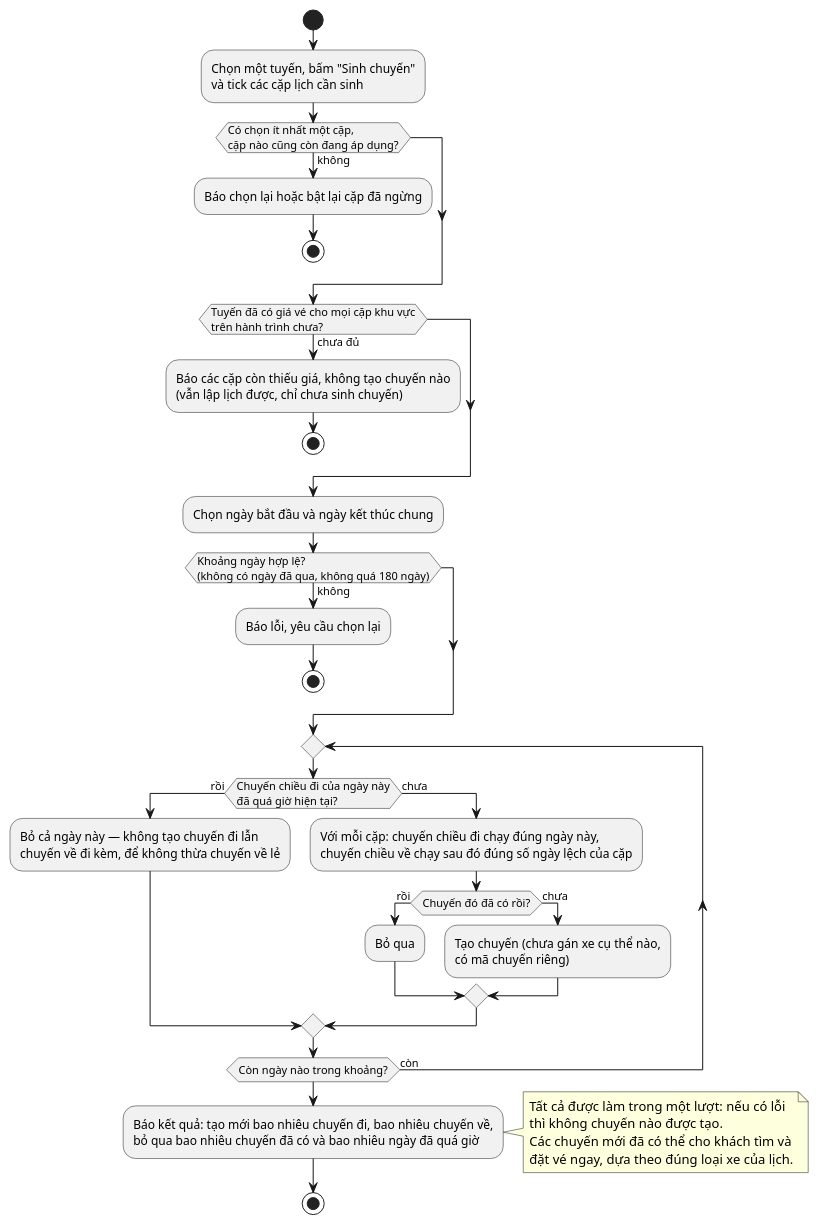
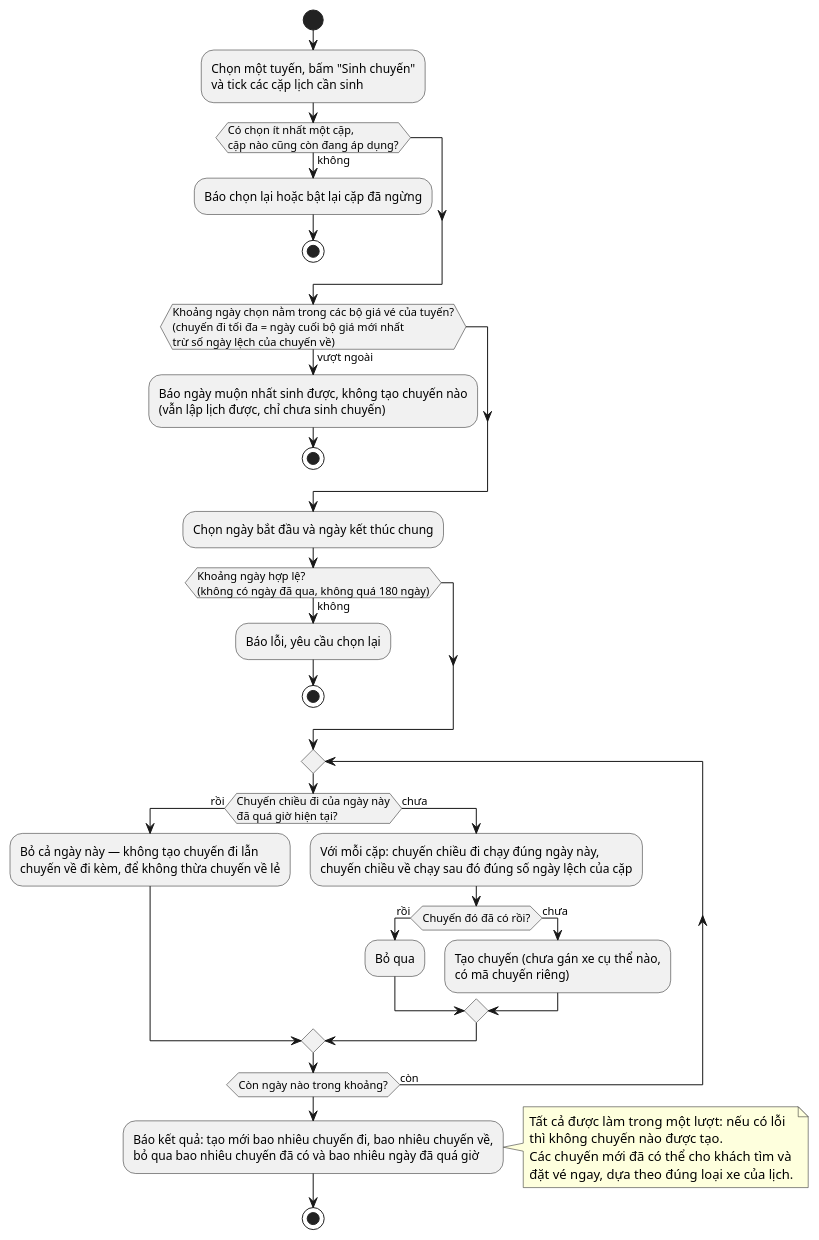
One commit to nguyenvietanhit19/Project1_HeThongQuanLyNhaXeKhachLienTinh changed diagram 22 of 52 in UML_DIAGRAMS.md. Above: the diagram before and after it, drawn with PlantUML. The commit also changed other lines of this file and 23 other files, not shown here.

````diff
--- a/UML_DIAGRAMS.md
+++ b/UML_DIAGRAMS.md
@@ -684,39 +684,39 @@
 ```plantuml
 @startuml AD_UC47_SinhChuyen
 start
 :Chọn một tuyến, bấm "Sinh chuyến"\nvà tick các cặp lịch cần sinh;
 if (Có chọn ít nhất một cặp,\ncặp nào cũng còn đang áp dụng?) then (không)
   :Báo chọn lại hoặc bật lại cặp đã ngừng;
   stop
 endif
-if (Tuyến đã có giá vé cho mọi cặp khu vực\ntrên hành trình chưa?) then (chưa đủ)
-  :Báo các cặp còn thiếu giá, không tạo chuyến nào\n(vẫn lập lịch được, chỉ chưa sinh chuyến);
+if (Khoảng ngày chọn nằm trong các bộ giá vé của tuyến?\n(chuyến đi tối đa = ngày cuối bộ giá mới nhất\ntrừ số ngày lệch của chuyến về)) then (vượt ngoài)
+  :Báo ngày muộn nhất sinh được, không tạo chuyến nào\n(vẫn lập lịch được, chỉ chưa sinh chuyến);
   stop
 endif
 :Chọn ngày bắt đầu và ngày kết thúc chung;
 if (Khoảng ngày hợp lệ?\n(không có ngày đã qua, không quá 180 ngày)) then (không)
   :Báo lỗi, yêu cầu chọn lại;
   stop
 endif
 repeat
   if (Chuyến chiều đi của ngày này\nđã quá giờ hiện tại?) then (rồi)
     :Bỏ cả ngày này — không tạo chuyến đi lẫn\nchuyến về đi kèm, để không thừa chuyến về lẻ;
   else (chưa)
     :Với mỗi cặp: chuyến chiều đi chạy đúng ngày này,\nchuyến chiều về chạy sau đó đúng số ngày lệch của cặp;
     if (Chuyến đó đã có rồi?) then (rồi)
       :Bỏ qua;
     else (chưa)
       :Tạo chuyến (chưa gán xe cụ thể nào,\ncó mã chuyến riêng);
     endif
   endif
 repeat while (Còn ngày nào trong khoảng?) is (còn)
 :Báo kết quả: tạo mới bao nhiêu chuyến đi, bao nhiêu chuyến về,\nbỏ qua bao nhiêu chuyến đã có và bao nhiêu ngày đã quá giờ;
 note right
   Tất cả được làm trong một lượt: nếu có lỗi
   thì không chuyến nào được tạo.
   Các chuyến mới đã có thể cho khách tìm và
   đặt vé ngay, dựa theo đúng loại xe của lịch.
 end note
 stop
 @enduml
 ```
````
